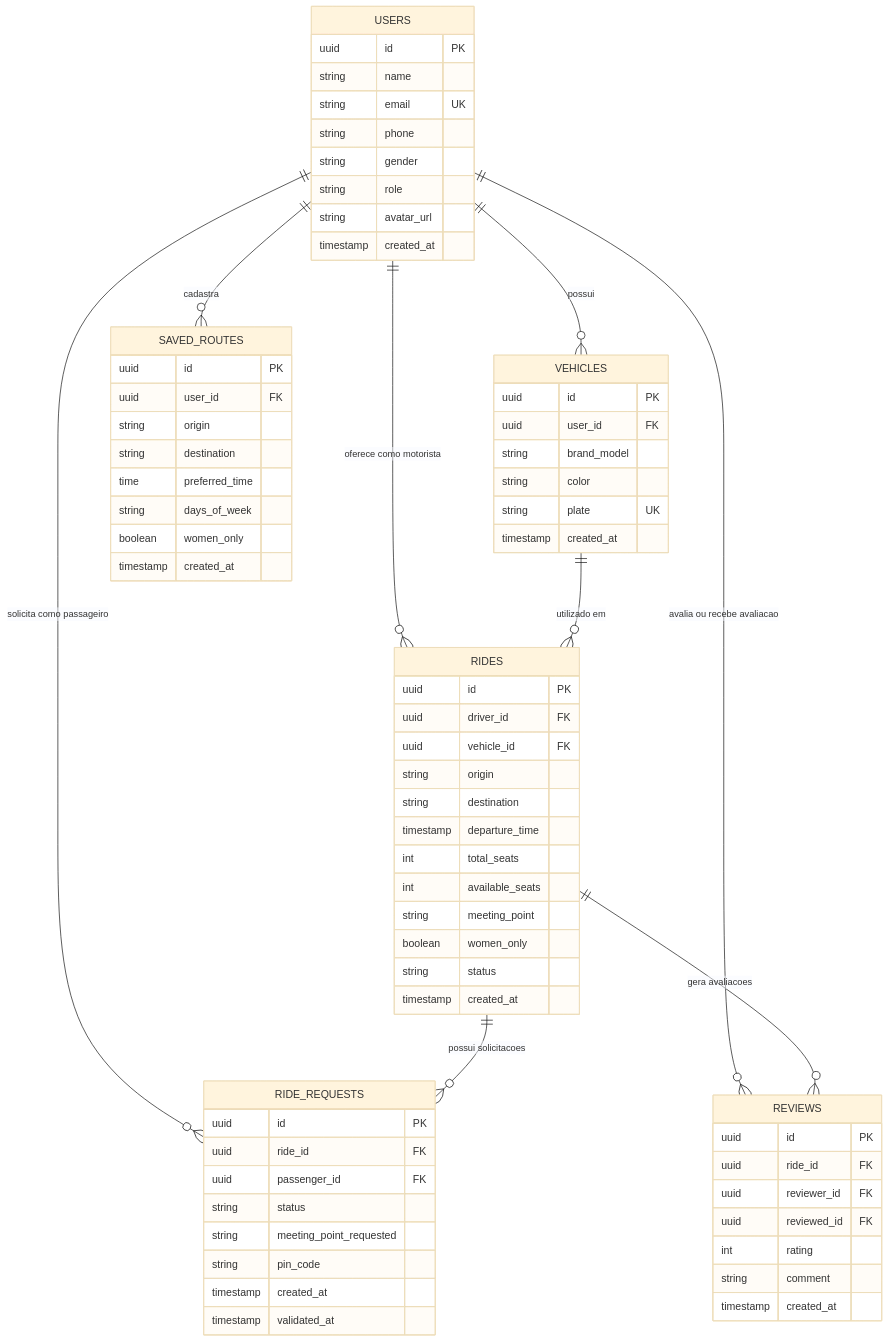
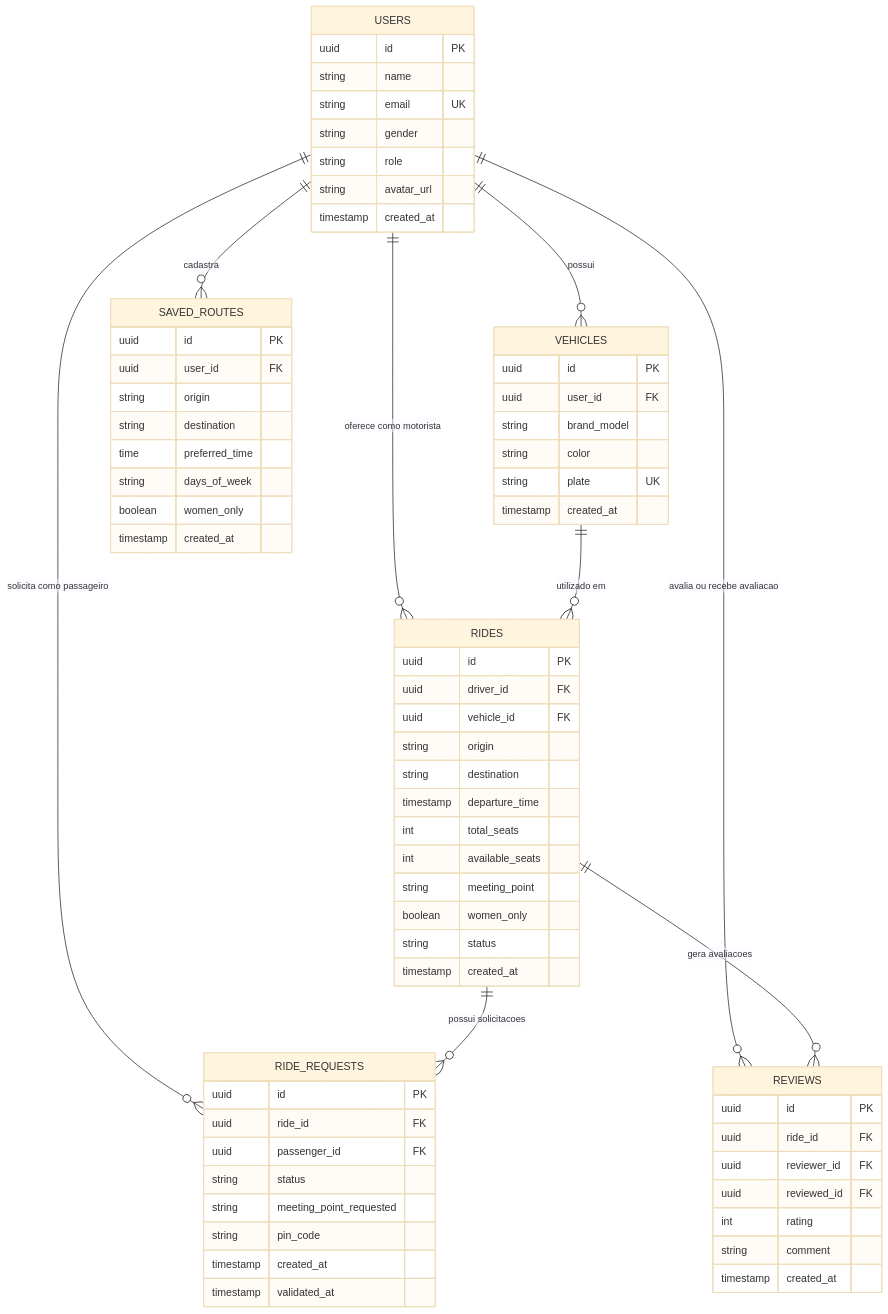
The diagram in docs/architecture.md (emanuellilatczuk/caronas-utfpr), drawn with Mermaid (base theme) before and after one commit. The commit also changed other lines of this file and 2 other files, not shown here.

````diff
--- a/docs/architecture.md
+++ b/docs/architecture.md
@@ -185,78 +185,77 @@
 ```mermaid
 erDiagram
     USERS ||--o{ VEHICLES : "possui"
     USERS ||--o{ SAVED_ROUTES : "cadastra"
     USERS ||--o{ RIDES : "oferece como motorista"
     USERS ||--o{ RIDE_REQUESTS : "solicita como passageiro"
     USERS ||--o{ REVIEWS : "avalia ou recebe avaliacao"
     VEHICLES ||--o{ RIDES : "utilizado em"
     RIDES ||--o{ RIDE_REQUESTS : "possui solicitacoes"
     RIDES ||--o{ REVIEWS : "gera avaliacoes"
 
     USERS {
         uuid id PK
         string name
         string email UK
-        string phone
         string gender
         string role
         string avatar_url
         timestamp created_at
     }
 
     VEHICLES {
         uuid id PK
         uuid user_id FK
         string brand_model
         string color
         string plate UK
         timestamp created_at
     }
 
     SAVED_ROUTES {
         uuid id PK
         uuid user_id FK
         string origin
         string destination
         time preferred_time
         string days_of_week
         boolean women_only
         timestamp created_at
     }
 
     RIDES {
         uuid id PK
         uuid driver_id FK
         uuid vehicle_id FK
         string origin
         string destination
         timestamp departure_time
         int total_seats
         int available_seats
         string meeting_point
         boolean women_only
         string status
         timestamp created_at
     }
 
     RIDE_REQUESTS {
         uuid id PK
         uuid ride_id FK
         uuid passenger_id FK
         string status
         string meeting_point_requested
         string pin_code
         timestamp created_at
         timestamp validated_at
     }
 
     REVIEWS {
         uuid id PK
         uuid ride_id FK
         uuid reviewer_id FK
         uuid reviewed_id FK
         int rating
         string comment
         timestamp created_at
     }
 ```
````
